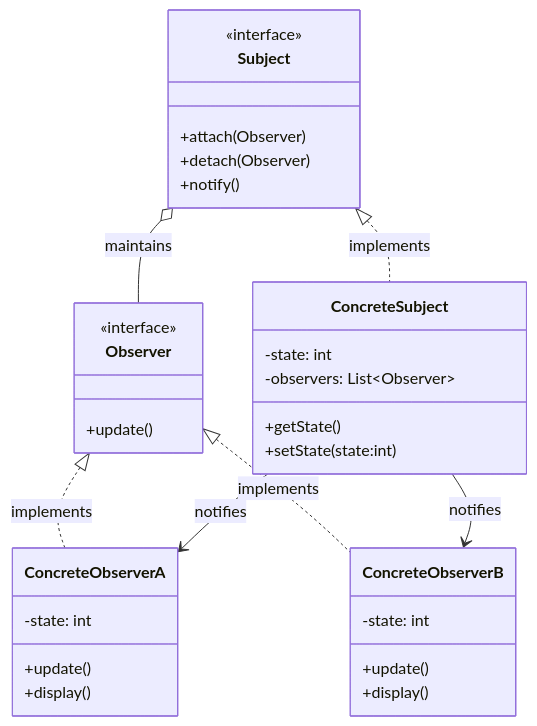
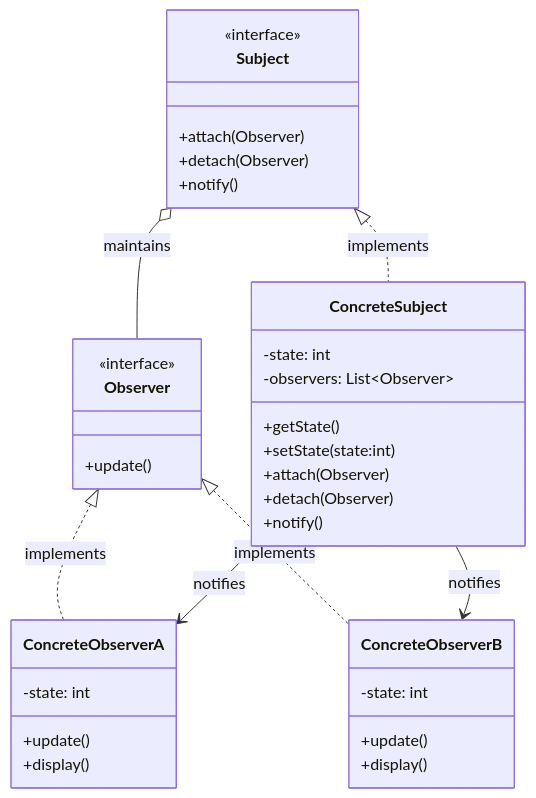
One commit to ANZER03/Observer-Design-Pattern changed the diagram in README.md. Above: the diagram before and after it, drawn with Mermaid. The commit also changed 1 other file, not shown here.

Commit message:
Update README.md to include Observer methods and modify vcs.xml for Git mapping

````diff
--- a/README.md
+++ b/README.md
@@ -14,42 +14,45 @@
 ```mermaid
 classDiagram
     class Subject {
         <<interface>>
         +attach(Observer)
         +detach(Observer)
         +notify()
         
     }
 
     class Observer {
         <<interface>>
         +update()
     }
 
     class ConcreteSubject {
         -state: int
         +getState()
         +setState(state:int)
+        +attach(Observer)
+        +detach(Observer)
+        +notify()
         -observers: List~Observer~
     }
 
     class ConcreteObserverA {
         -state: int
         +update()
         +display()
     }
 
     class ConcreteObserverB {
         -state: int
         +update()
         +display()
     }
 
     Subject o-- Observer : maintains
     Subject <|.. ConcreteSubject : implements
 
     Observer <|.. ConcreteObserverA : implements
     Observer <|.. ConcreteObserverB : implements
     ConcreteSubject --> ConcreteObserverA : notifies
     ConcreteSubject --> ConcreteObserverB : notifies
 ```
````
